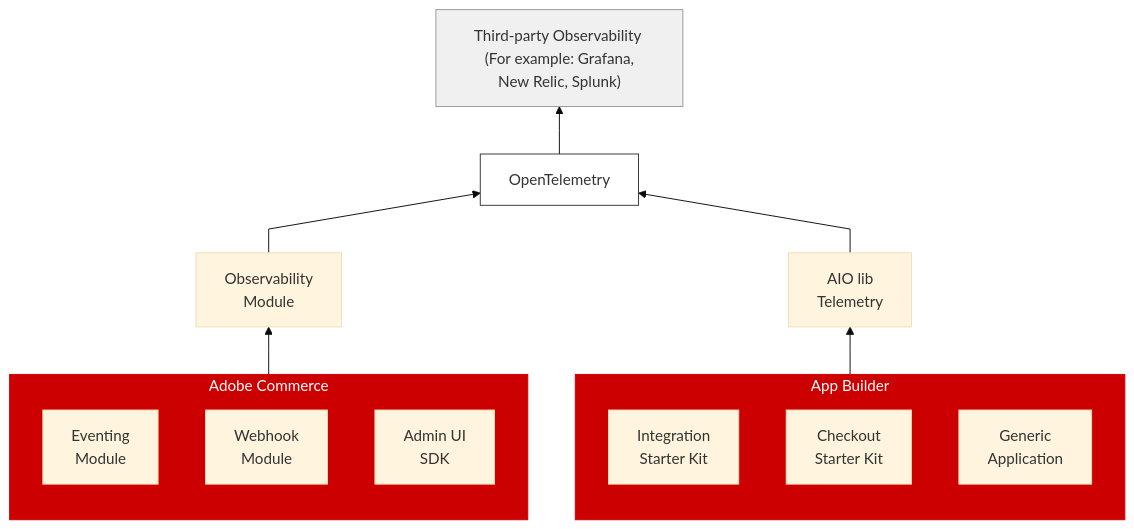
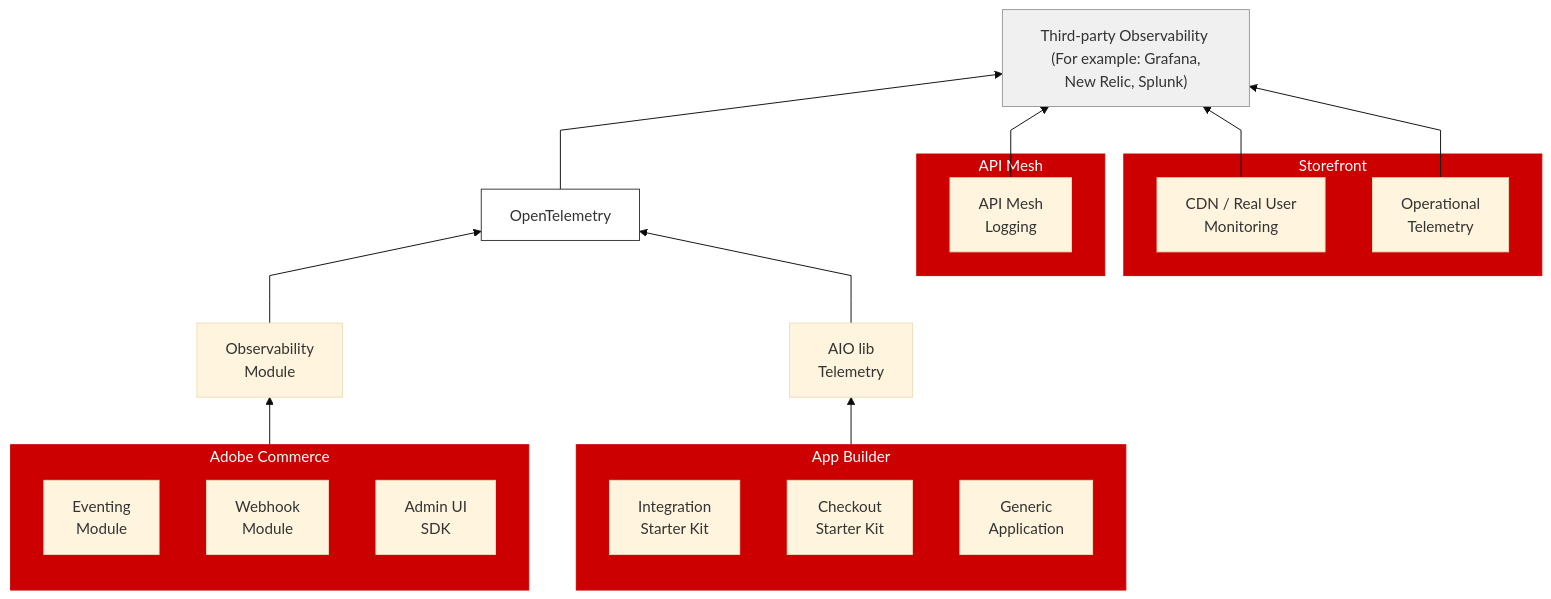
Before and after one commit to AdobeDocs/commerce.en: the diagram in help/cloud-service/assets/observability.mmd, drawn with Mermaid (base theme). The commit also changed 2 other files, not shown here.

```diff
--- a/help/cloud-service/assets/observability.mmd
+++ b/help/cloud-service/assets/observability.mmd
@@ -1,27 +1,41 @@
 %%{ init: { "flowchart": { "curve": "linear" } } }%%
 
 graph BT
     subgraph commerce["Adobe Commerce"]
         event_mod["Eventing \n Module"]
         webhook_mod["Webhook \n Module"]
         admin_sdk["Admin UI \n SDK"]
     end
 
     subgraph appbuilder["App Builder"]
         int_sk["Integration \n Starter Kit"]
         checkout_sk["Checkout \n Starter Kit"]
         generic_app["Generic \n Application"]
     end
 
+    subgraph apimesh["API Mesh"]
+        api_mesh_log["API Mesh \n Logging"]
+    end
+
+    subgraph storefront["Storefront"]
+        cdn_rum["CDN / Real User \n Monitoring"]
+        op_tel["Operational \n Telemetry"]
+    end
+
     commerce --> obs_mod["Observability \n Module"]
     appbuilder --> aio_tel["AIO lib \n Telemetry"]
 
     obs_mod --> OTel["OpenTelemetry"]
     aio_tel --> OTel
 
     OTel --> backends["Third-party Observability \n (For example: Grafana, New Relic, Splunk)"]
+    api_mesh_log --> backends
+    cdn_rum --> backends
+    op_tel --> backends
 
     style commerce fill:#cc0000,color:#fff,stroke:#cc0000
     style appbuilder fill:#cc0000,color:#fff,stroke:#cc0000
+    style apimesh fill:#cc0000,color:#fff,stroke:#cc0000
+    style storefront fill:#cc0000,color:#fff,stroke:#cc0000
     style backends fill:#f0f0f0,color:#333,stroke:#999
     style OTel fill:#fff,color:#333,stroke:#333
```
